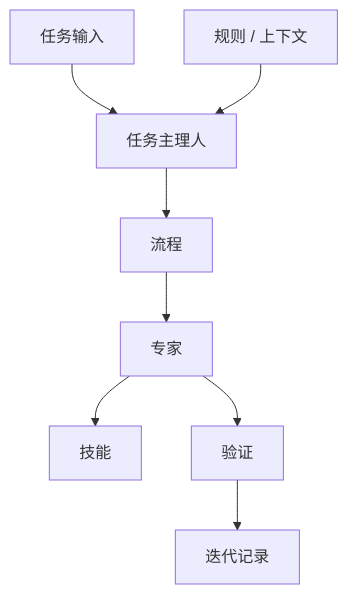
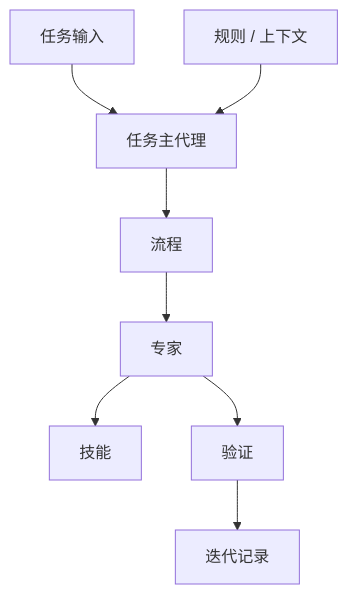
One commit to Colouful/br-ai-spec changed the fourth of 4 diagrams in docs/paser_two/规范驱动开发平台-渐进式实施与内部推广方案.md. Above: the diagram before and after it, drawn with Mermaid. The commit also changed other lines of this file and 88 other files, not shown here.

````diff
--- a/docs/paser_two/规范驱动开发平台-渐进式实施与内部推广方案.md
+++ b/docs/paser_two/规范驱动开发平台-渐进式实施与内部推广方案.md
@@ -246,10 +246,10 @@
 ```mermaid
 flowchart TB
-    X["任务输入"] --> O["任务主理人"]
+    X["任务输入"] --> O["任务主代理"]
     R["规则 / 上下文"] --> O
     O --> F["流程"]
     F --> E["专家"]
     E --> S["技能"]
     E --> V["验证"]
     V --> I["迭代记录"]
 ```
````
